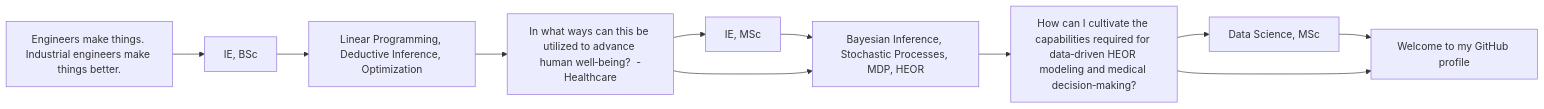
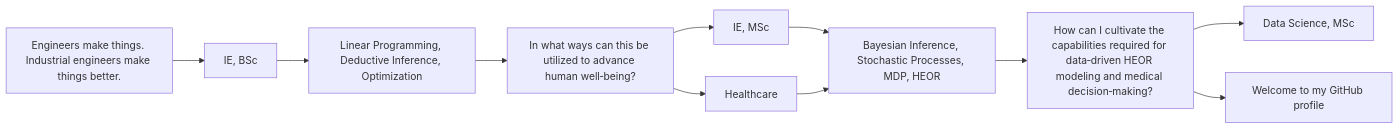
The diagram in README.md (eminsin/eminsin), drawn with Mermaid before and after one commit.

Commit message:
Refactor mermaid diagram in README.md
Reorganized the flow of the mermaid diagram to clarify the relationships between concepts.

````diff
--- a/README.md
+++ b/README.md
@@ -49,13 +49,13 @@
 ```mermaid
 graph LR
     A["Engineers make things. Industrial engineers make things better."] --> B["IE, BSc"];
     B --> C["Linear Programming, Deductive Inference, Optimization"];
-    C --> D["In what ways can this be utilized to advance human well‑being?  -Healthcare"];
-    D --> E["IE, MSc"];
-    E --> F["Bayesian Inference, Stochastic Processes, MDP, HEOR"];
-    D --> F;
-    F --> G["How can I cultivate the capabilities required for data‑driven HEOR modeling and medical decision‑making?"];
-    G --> H["Data Science, MSc"];
-    H --> I["Welcome to my GitHub profile"];
-    G --> I;
+    C --> D["In what ways can this be utilized to advance human well‑being?"];
+    D --> E["Healthcare"];
+    D --> F["IE, MSc"];
+    F --> G["Bayesian Inference, Stochastic Processes, MDP, HEOR"];
+    E --> G;
+    G --> H["How can I cultivate the capabilities required for data‑driven HEOR modeling and medical decision‑making?"];
+    H --> I["Data Science, MSc"];
+    H --> J["Welcome to my GitHub profile"];
 ```
````
